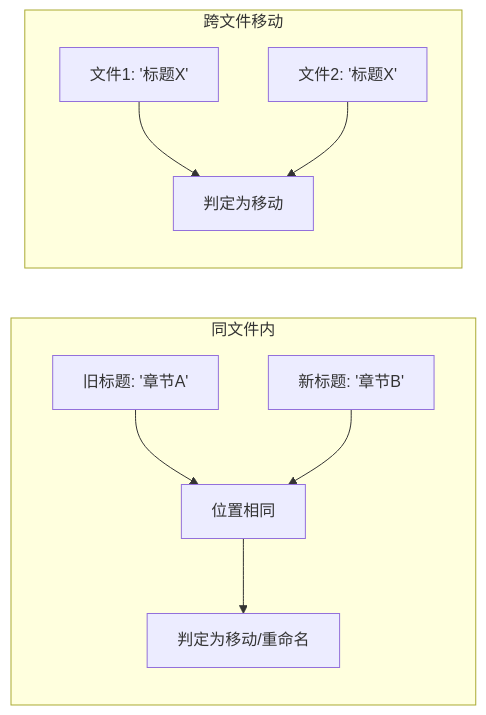
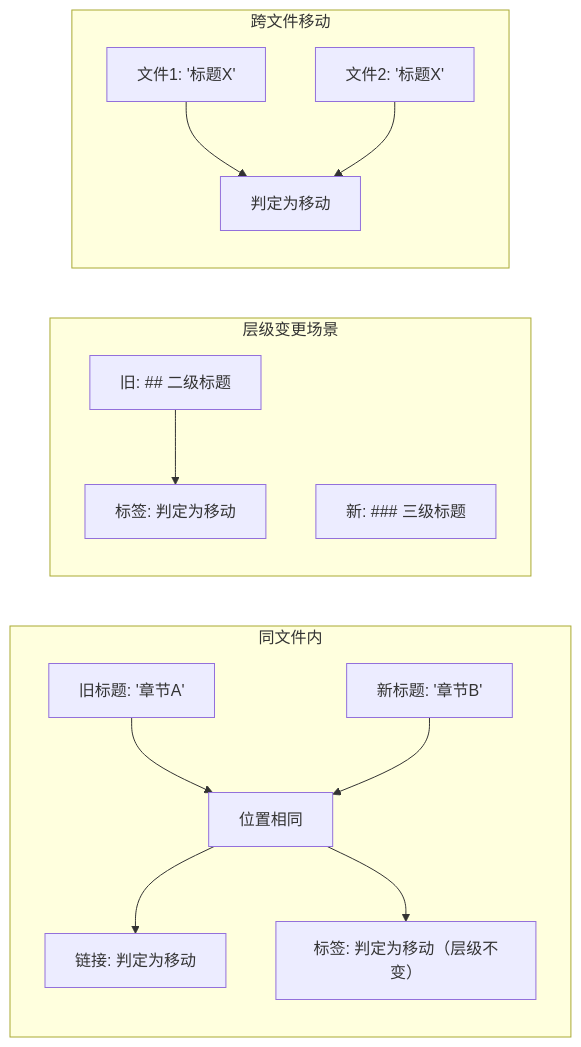
The second of 3 diagrams in README.md (etchnight/obsidian-plugin-enhance-update-link), drawn with Mermaid before and after one commit. The commit also changed other lines of this file, not shown here.

````diff
--- a/README.md
+++ b/README.md
@@ -72,18 +87,25 @@
 ```mermaid
 flowchart LR
     subgraph 同文件["同文件内"]
         A1["旧标题: '章节A'"]
         A2["新标题: '章节B'"]
         P[位置相同]
         A1 --> P
         A2 --> P
-        P --> R[判定为移动/重命名]
+        P --> R1[链接: 判定为移动]
+        P --> R2[标签: 判定为移动（层级不变）]
+    end
+    
+    subgraph 层级变更["层级变更场景"]
+        L1["旧: ## 二级标题"]
+        L2["新: ### 三级标题"]
+        L1 --> R3[标签: 判定为移动]
     end
     
     subgraph 跨文件["跨文件移动"]
         F1["文件1: '标题X'"]
-        F2["文件2: '标题X'"]    
-        F1 --> R2[判定为移动]
-        F2 --> R2
+        F2["文件2: '标题X'"]
+        F1 --> R4[判定为移动]
+        F2 --> R4
     end
 ```
````
